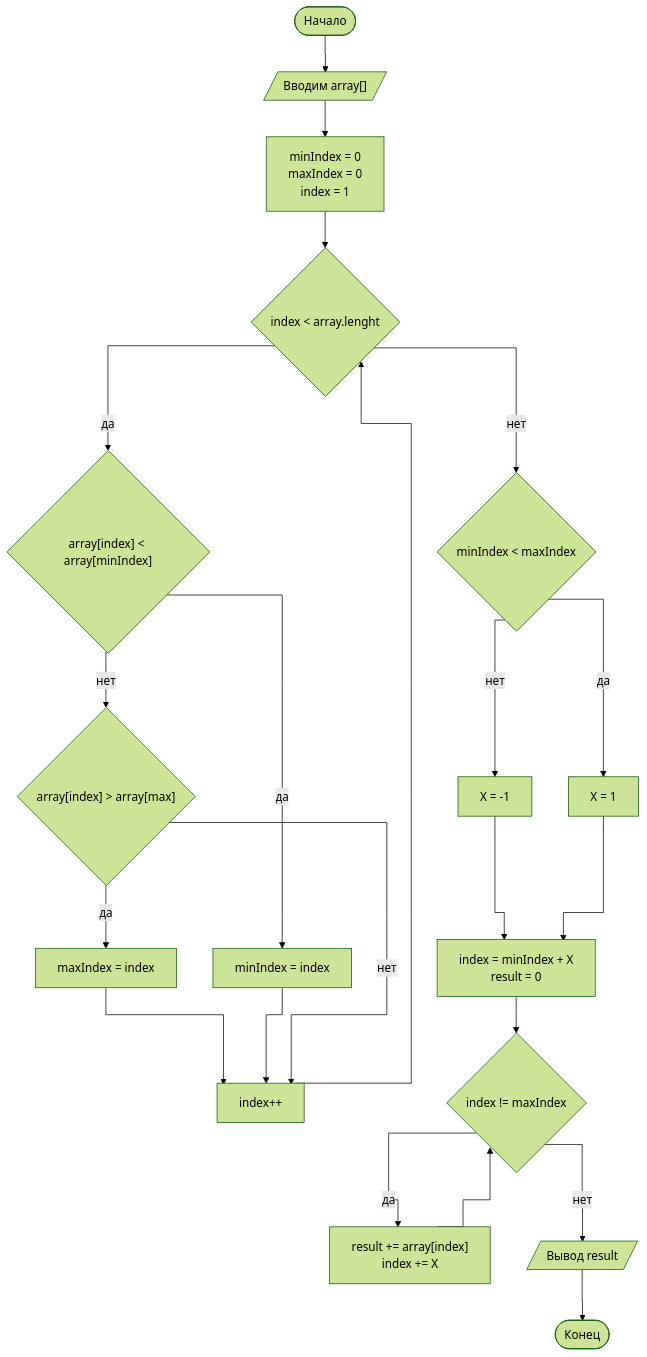
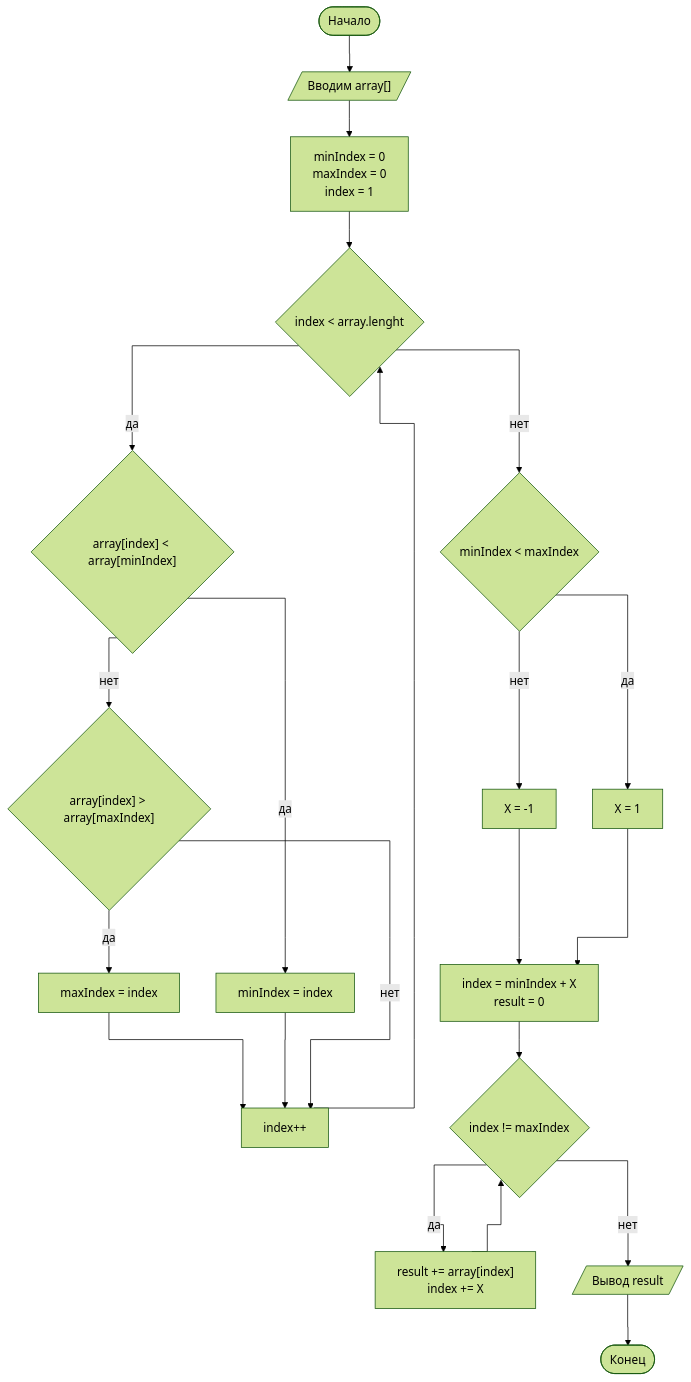
Before and after one commit to esimankova/formatREADME: the fourth of 4 diagrams in README.md, drawn with Mermaid (forest theme).

Commit message:
Bugfix diagrame
исправление ошибок в диаграме

````diff
--- a/README.md
+++ b/README.md
@@ -492,42 +492,42 @@
 ```mermaid
 %%{ init: { 'flowchart': { 'curve': 'stepAfter' } } }%%
 flowchart TD;
     begin(["Начало"]) 
     b1[/"Вводим array[]"/]
     c1["minIndex = 0<br>maxIndex = 0<br>index = 1"]
     d1{"index < array.lenght"}
     d2{"array[index] < array[minIndex]"}
     c2["minIndex = index"]
-    d3{"array[index] > array[max]"}
+    d3{"array[index] > array[maxIndex]"}
     c3["maxIndex = index"]
     c4["index++"]
     d4{"minIndex < maxIndex"}
     c5["X = -1"]
     c6["X = 1"]
     c7["index = minIndex + X<br>result = 0"]
     d5{"index != maxIndex"}
     c8["result += array[index]<br>index += X"]
     b2[/"Вывод result"/]
     theEnd(["Конец"])
     begin --> b1
     b1--> c1
     c1 --> d1
     d1 -- да --> d2
     d2 -- да --> c2
     d2 -- нет --> d3
     d3 -- да -->c3
     c3 --> c4
     c2 --> c4
     d3 -- нет --> c4
     c4 --> d1
     d1 -- нет -->d4
     d4 -- нет -->c5
     d4 -- да -->c6
     c5 --> c7
     c6 --> c7
     c7 -->d5
     d5 -- да --> c8
     c8 -->d5
     d5 -- нет --> b2
     b2 --> theEnd
 ```
````
